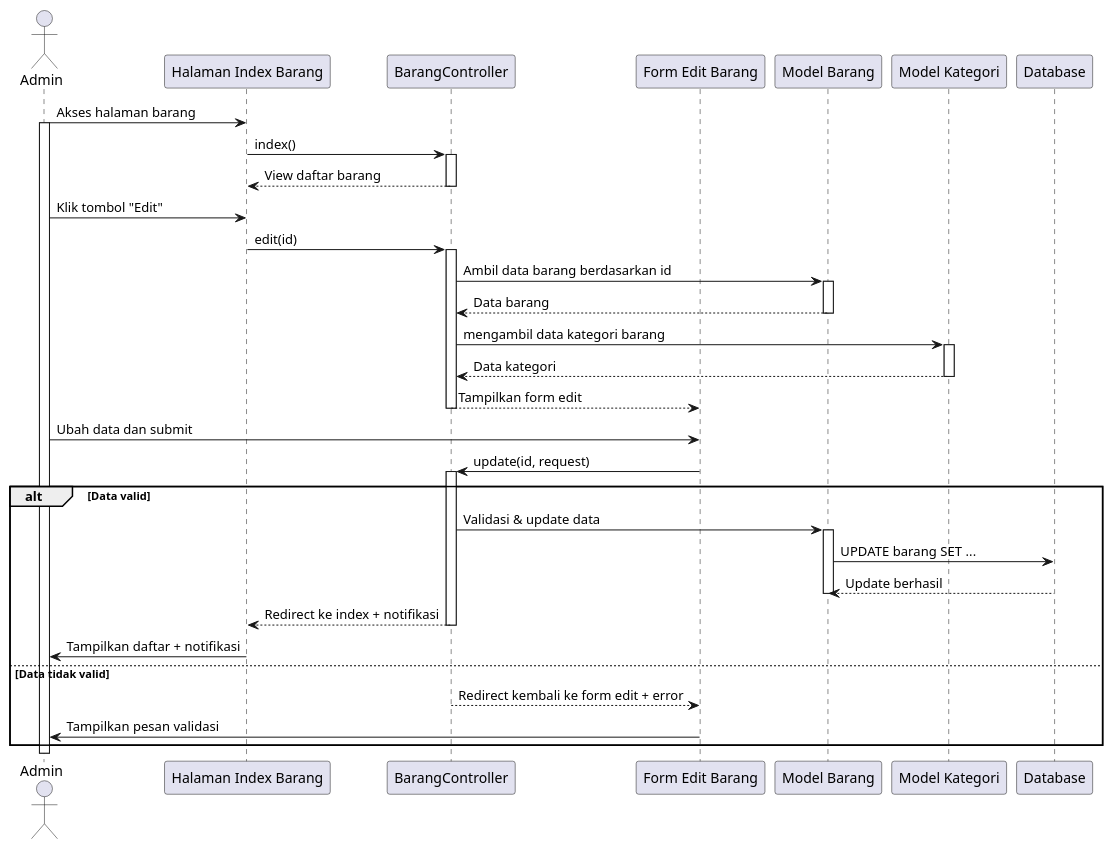
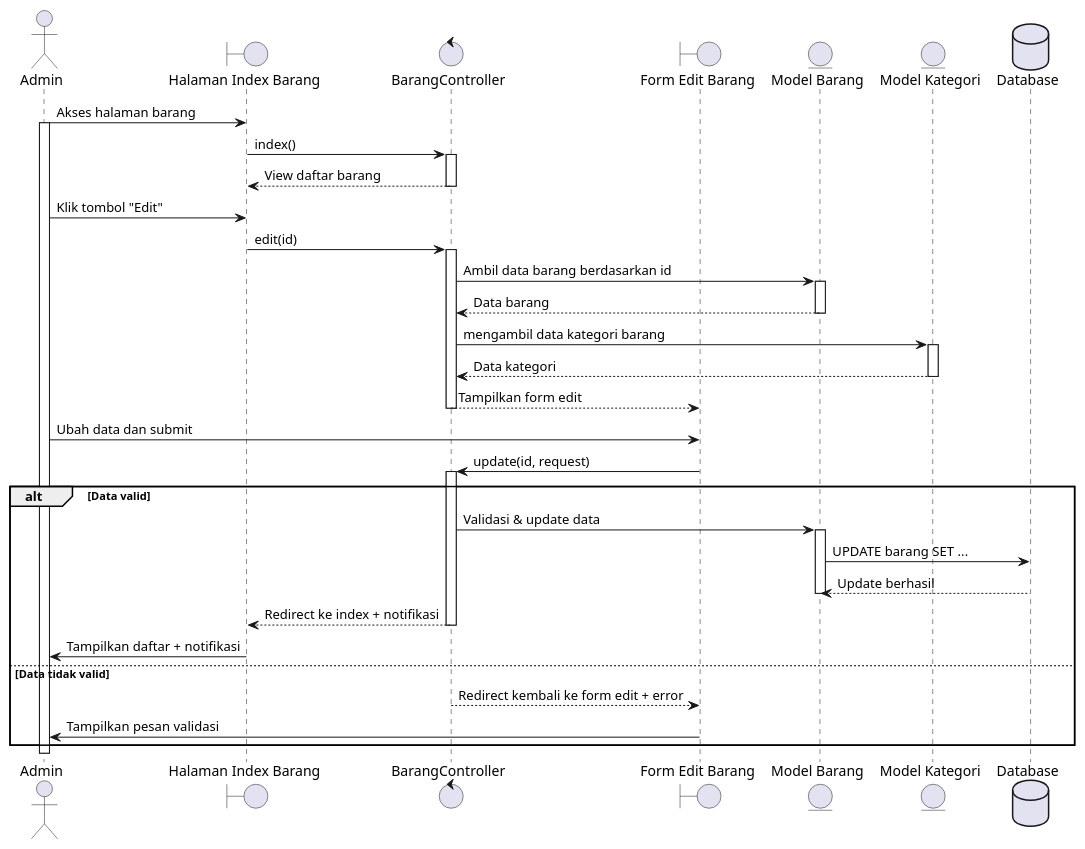
The diagram in sequence diagram/barang/mengedit_barang.wsd (tengahcang/UML_TA), drawn with PlantUML before and after one commit. The commit also changed 115 other files, not shown here.

```diff
--- a/sequence diagram/barang/mengedit_barang.wsd
+++ b/sequence diagram/barang/mengedit_barang.wsd
@@ -1,51 +1,51 @@
 @startuml
 actor Admin
 
-participant "Halaman Index Barang" as BarangIndex
-participant "BarangController" as BarangController
-participant "Form Edit Barang" as BarangForm
-participant "Model Barang" as BarangModel
-participant "Model Kategori" as KategoriModel
-participant "Database" as DB
+boundary "Halaman Index Barang" as BarangIndex
+control "BarangController" as BarangController
+boundary "Form Edit Barang" as BarangForm
+entity "Model Barang" as BarangModel
+entity "Model Kategori" as KategoriModel
+database "Database" as DB
 
 Admin -> BarangIndex: Akses halaman barang
 activate Admin
 BarangIndex -> BarangController: index()
 activate BarangController
 BarangController --> BarangIndex: View daftar barang
 deactivate BarangController
 
 Admin -> BarangIndex: Klik tombol "Edit"
 BarangIndex -> BarangController: edit(id)
 activate BarangController
 BarangController -> BarangModel: Ambil data barang berdasarkan id
 activate BarangModel
 BarangModel --> BarangController: Data barang
 deactivate BarangModel
 BarangController -> KategoriModel: mengambil data kategori barang
 activate KategoriModel
 KategoriModel --> BarangController: Data kategori
 deactivate KategoriModel
 BarangController --> BarangForm: Tampilkan form edit
 deactivate BarangController
 
 Admin -> BarangForm: Ubah data dan submit
 BarangForm -> BarangController: update(id, request)
 activate BarangController
 
 alt Data valid
     BarangController -> BarangModel: Validasi & update data
     activate BarangModel
     BarangModel -> DB: UPDATE barang SET ...
     DB --> BarangModel: Update berhasil
     deactivate BarangModel
 
     BarangController --> BarangIndex: Redirect ke index + notifikasi
     deactivate BarangController
     BarangIndex -> Admin: Tampilkan daftar + notifikasi
 else Data tidak valid
     BarangController --> BarangForm: Redirect kembali ke form edit + error
     deactivate BarangController
     BarangForm -> Admin: Tampilkan pesan validasi
 end
 @enduml
```
